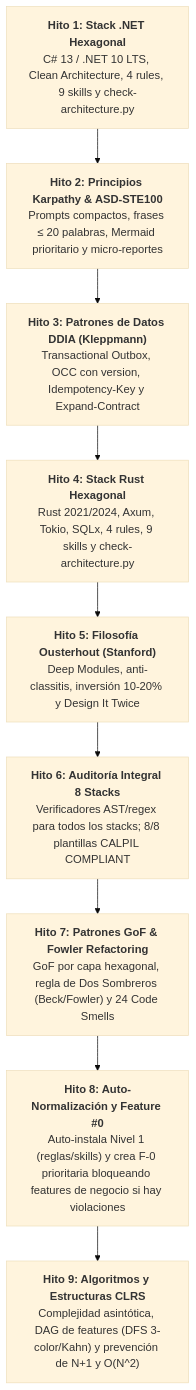
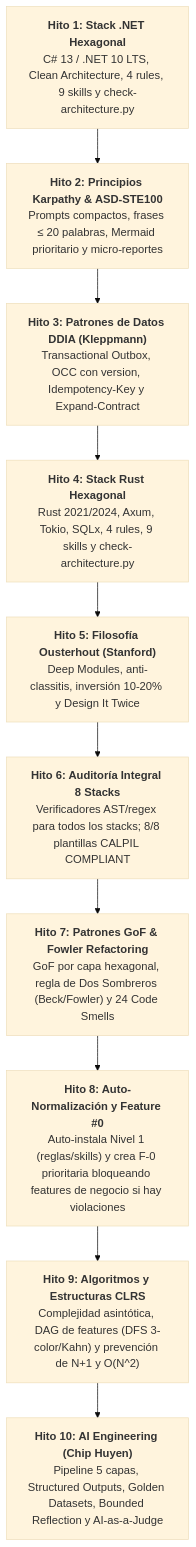
One commit to calpil/harness-flow changed the diagram in docs/README.md. Above: the diagram before and after it, drawn with Mermaid (base theme). The commit also changed other lines of this file and 9 other files, not shown here.

Commit message:
feat: integrar arquitectura y principios de ai engineering de chip huyen

````diff
--- a/docs/README.md
+++ b/docs/README.md
@@ -21,14 +21,15 @@
 ```mermaid
 flowchart TD
     H1["<b>Hito 1: Stack .NET Hexagonal</b><br/>C# 13 / .NET 10 LTS, Clean Architecture, 4 rules, 9 skills y check-architecture.py"]
     H2["<b>Hito 2: Principios Karpathy & ASD-STE100</b><br/>Prompts compactos, frases &le; 20 palabras, Mermaid prioritario y micro-reportes"]
     H3["<b>Hito 3: Patrones de Datos DDIA (Kleppmann)</b><br/>Transactional Outbox, OCC con version, Idempotency-Key y Expand-Contract"]
     H4["<b>Hito 4: Stack Rust Hexagonal</b><br/>Rust 2021/2024, Axum, Tokio, SQLx, 4 rules, 9 skills y check-architecture.py"]
     H5["<b>Hito 5: Filosofía Ousterhout (Stanford)</b><br/>Deep Modules, anti-classitis, inversión 10-20% y Design It Twice"]
     H6["<b>Hito 6: Auditoría Integral 8 Stacks</b><br/>Verificadores AST/regex para todos los stacks; 8/8 plantillas CALPIL COMPLIANT"]
     H7["<b>Hito 7: Patrones GoF & Fowler Refactoring</b><br/>GoF por capa hexagonal, regla de Dos Sombreros (Beck/Fowler) y 24 Code Smells"]
     H8["<b>Hito 8: Auto-Normalización y Feature #0</b><br/>Auto-instala Nivel 1 (reglas/skills) y crea F-0 prioritaria bloqueando features de negocio si hay violaciones"]
     H9["<b>Hito 9: Algoritmos y Estructuras CLRS</b><br/>Complejidad asintótica, DAG de features (DFS 3-color/Kahn) y prevención de N+1 y O(N^2)"]
+    H10["<b>Hito 10: AI Engineering (Chip Huyen)</b><br/>Pipeline 5 capas, Structured Outputs, Golden Datasets, Bounded Reflection y AI-as-a-Judge"]
 
-    H1 --> H2 --> H3 --> H4 --> H5 --> H6 --> H7 --> H8 --> H9
+    H1 --> H2 --> H3 --> H4 --> H5 --> H6 --> H7 --> H8 --> H9 --> H10
 ```
````
